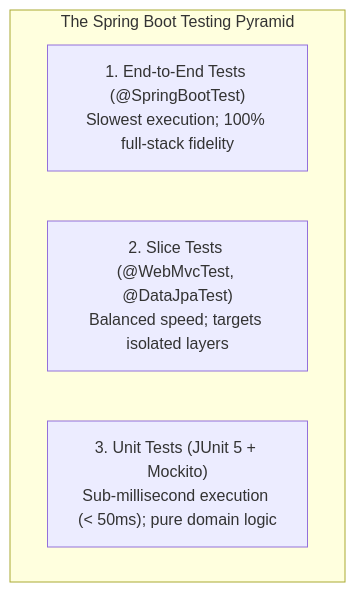
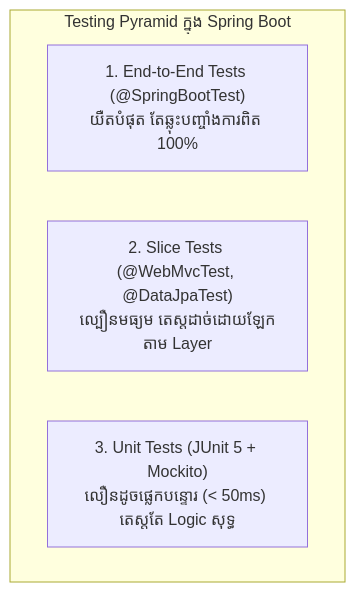
The diagram in 04-spring-boot/10-spring-boot-testing/01-unit-testing-junit/README.md (sakousa856-sketch/java-spring-for-developers-khmer), drawn with Mermaid before and after one commit. The commit also changed other lines of this file and 290 other files, not shown here.

````diff
--- a/04-spring-boot/10-spring-boot-testing/01-unit-testing-junit/README.md
+++ b/04-spring-boot/10-spring-boot-testing/01-unit-testing-junit/README.md
@@ -22,8 +20,8 @@
 ```mermaid
 flowchart TD
-    subgraph Pyramid ["The Spring Boot Testing Pyramid"]
-        E2E["1. End-to-End Tests (@SpringBootTest)<br/>Slowest execution; 100% full-stack fidelity"]
-        Slice["2. Slice Tests (@WebMvcTest, @DataJpaTest)<br/>Balanced speed; targets isolated layers"]
-        Unit["3. Unit Tests (JUnit 5 + Mockito)<br/>Sub-millisecond execution (< 50ms); pure domain logic"]
+    subgraph Pyramid ["Testing Pyramid ក្នុង Spring Boot"]
+        E2E["1. End-to-End Tests (@SpringBootTest)<br/>យឺតបំផុត តែឆ្លុះបញ្ចាំងការពិត 100%"]
+        Slice["2. Slice Tests (@WebMvcTest, @DataJpaTest)<br/>ល្បឿនមធ្យម តេស្តដាច់ដោយឡែកតាម Layer"]
+        Unit["3. Unit Tests (JUnit 5 + Mockito)<br/>លឿនដូចផ្លេកបន្ទោរ (< 50ms) តេស្តតែ Logic សុទ្ធ"]
     end
 ```
````
